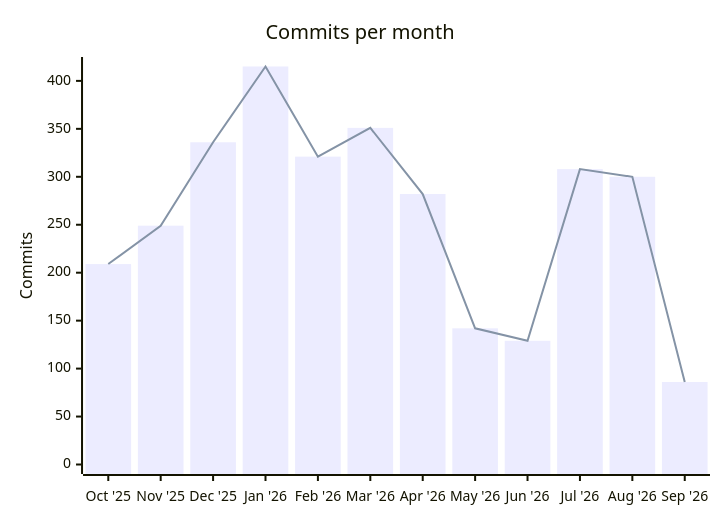
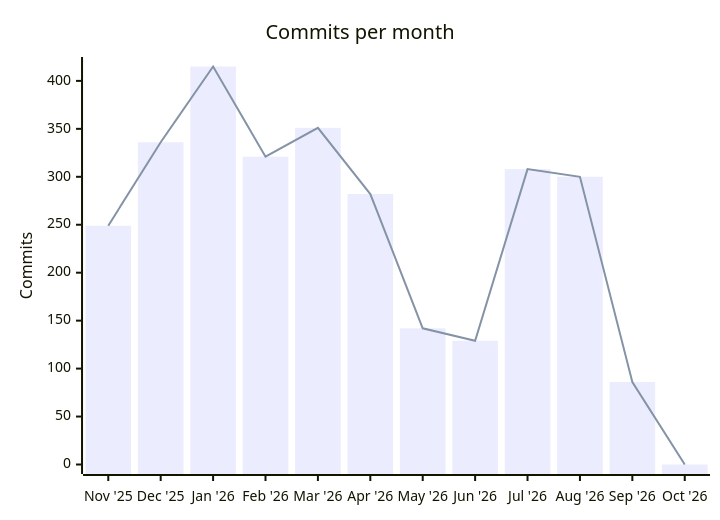
The first of 2 diagrams in README.md (soderlind/soderlind), drawn with Mermaid before and after one commit. The commit also changed other lines of this file, not shown here.

Commit message:
Update README plugin listing

````diff
--- a/README.md
+++ b/README.md
@@ -418,8 +418,8 @@
 ```mermaid
 xychart-beta
     title "Commits per month"
-    x-axis ["Oct '25", "Nov '25", "Dec '25", "Jan '26", "Feb '26", "Mar '26", "Apr '26", "May '26", "Jun '26", "Jul '26", "Aug '26", "Sep '26"]
+    x-axis ["Nov '25", "Dec '25", "Jan '26", "Feb '26", "Mar '26", "Apr '26", "May '26", "Jun '26", "Jul '26", "Aug '26", "Sep '26", "Oct '26"]
     y-axis "Commits" 0 --> 415
-    bar [209, 249, 336, 415, 321, 351, 282, 142, 129, 308, 300, 86]
-    line [209, 249, 336, 415, 321, 351, 282, 142, 129, 308, 300, 86]
+    bar [249, 336, 415, 321, 351, 282, 142, 129, 308, 300, 86, 0]
+    line [249, 336, 415, 321, 351, 282, 142, 129, 308, 300, 86, 0]
 ```
````
